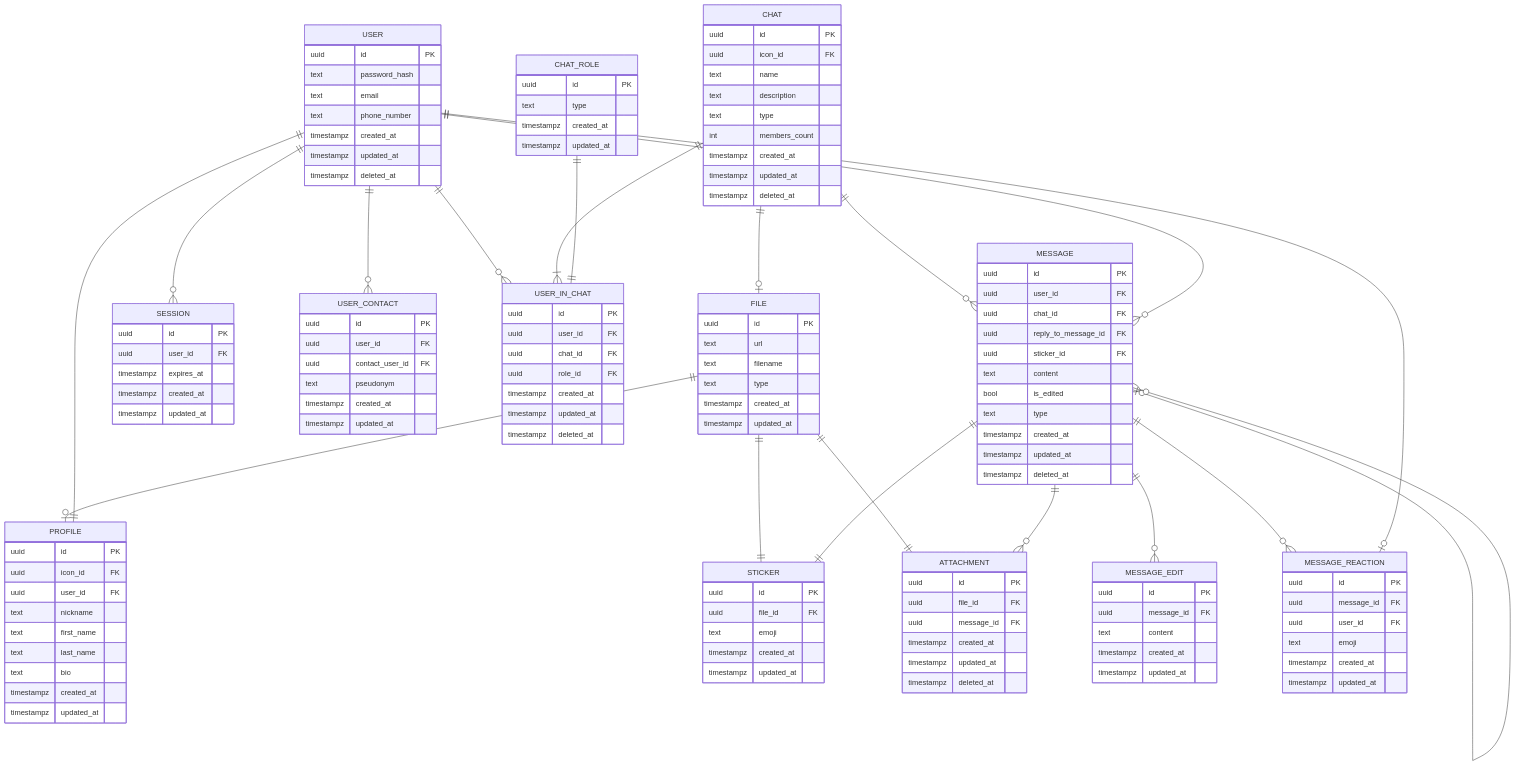
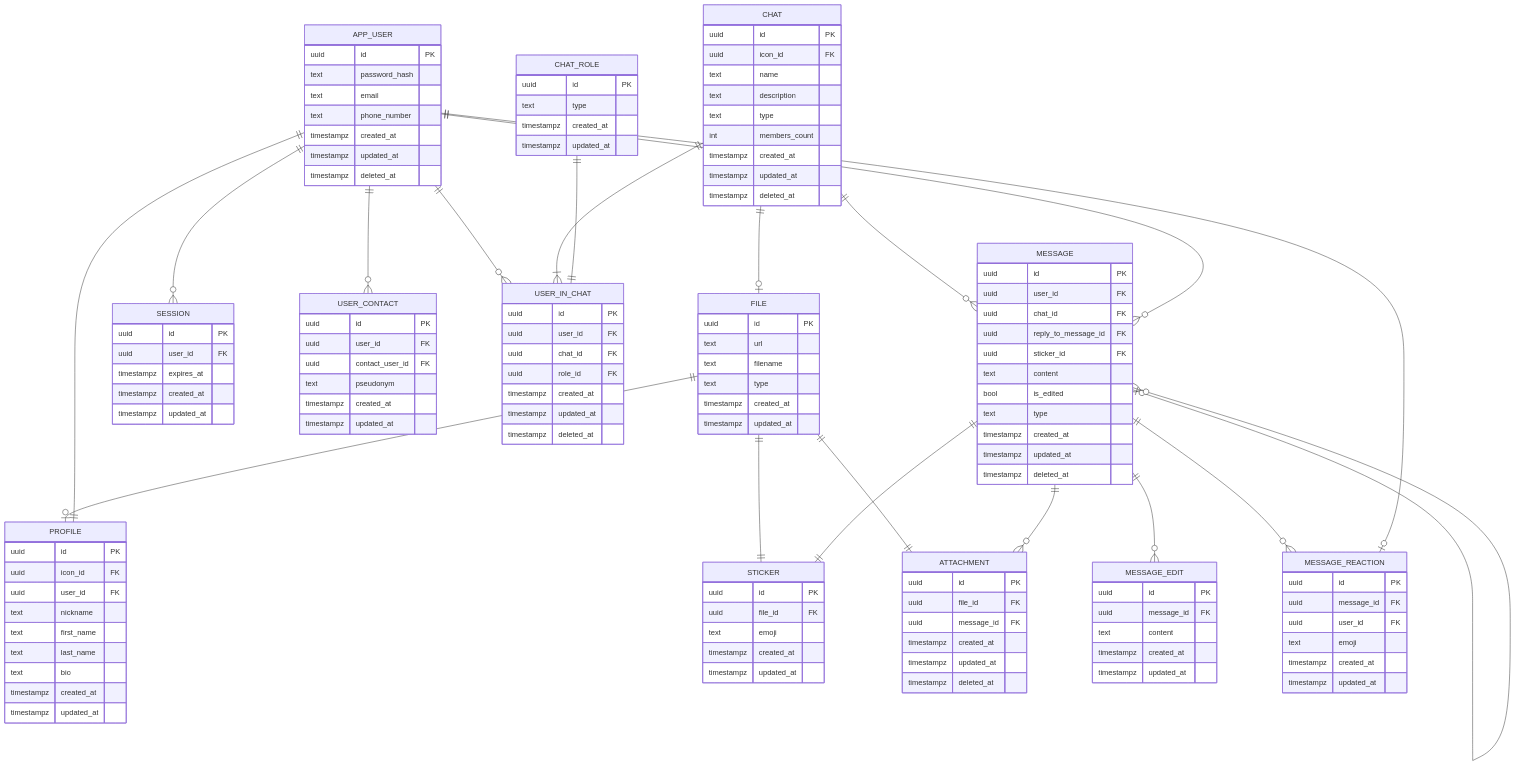
One commit to go-park-mail-ru/2026_2_se7en changed the diagram in db/normalized/er_diagram.md. Above: the diagram before and after it, drawn with Mermaid. The commit also changed 5 other files, not shown here.

Commit message:
docs: rename user to app_user, remake seed script

```diff
--- a/db/normalized/er_diagram.md
+++ b/db/normalized/er_diagram.md
@@ -3,20 +3,20 @@
 FILE ||--o| PROFILE : ""
 FILE ||--|| STICKER : ""
 FILE ||--|| ATTACHMENT : ""
-USER ||--|| PROFILE : ""
-USER ||--o{ SESSION : ""
-USER ||--o{ USER_CONTACT : ""
-USER ||--o{ USER_IN_CHAT : ""
+APP_USER ||--|| PROFILE : ""
+APP_USER ||--o{ SESSION : ""
+APP_USER ||--o{ USER_CONTACT : ""
+APP_USER ||--o{ USER_IN_CHAT : ""
 CHAT ||--|{ USER_IN_CHAT : ""
 CHAT_ROLE ||--|| USER_IN_CHAT : ""
 CHAT ||--o{ MESSAGE : ""
-USER ||--o{ MESSAGE : ""
+APP_USER ||--o{ MESSAGE : ""
 MESSAGE o|--o{ MESSAGE : ""
 MESSAGE ||--|| STICKER : ""
 MESSAGE ||--o{ ATTACHMENT : ""
 MESSAGE ||--o{ MESSAGE_EDIT : ""
 MESSAGE ||--o{ MESSAGE_REACTION : ""
-USER ||--o| MESSAGE_REACTION : ""
+APP_USER ||--o| MESSAGE_REACTION : ""
 CHAT ||--o| FILE : ""
 
 FILE {
@@ -45,7 +45,7 @@
 timestampz created_at
 timestampz updated_at
 }
-USER {
+APP_USER {
 uuid id PK
 text password_hash
 text email
```
